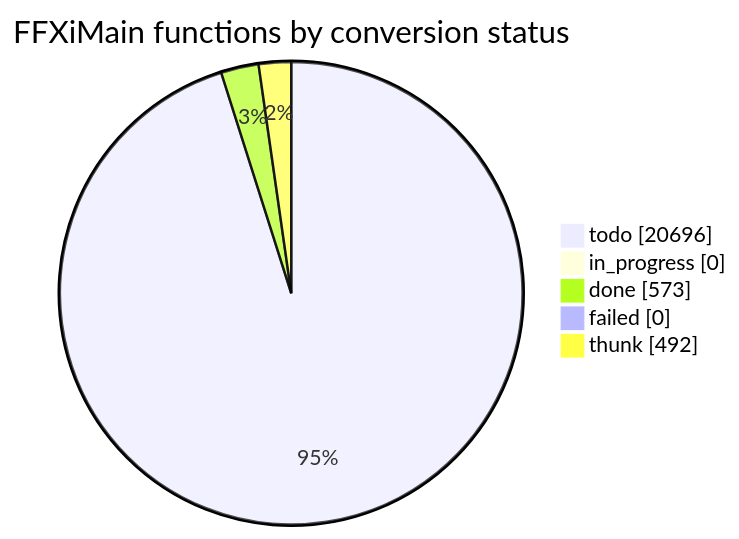
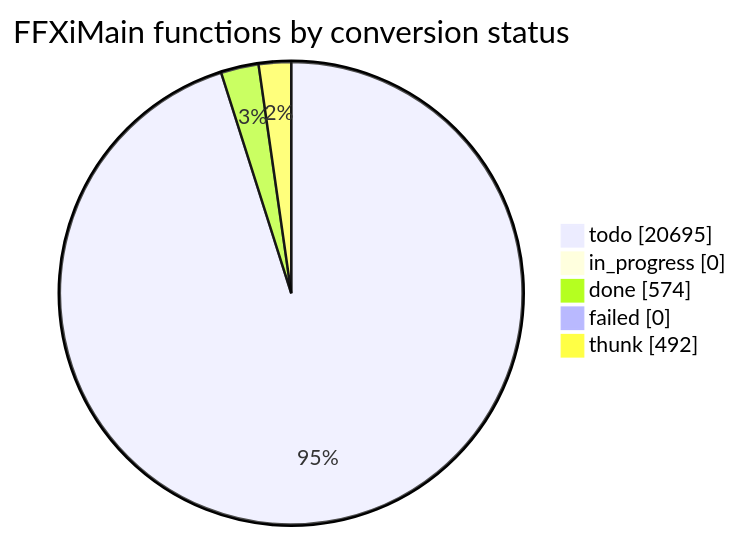
One commit to cowrevenge/cow_kuluu_xi_anything changed the diagram in docs/cow/STATUS.md. Above: the diagram before and after it, drawn with Mermaid. The commit also changed other lines of this file and 9 other files, not shown here.

````diff
--- a/docs/cow/STATUS.md
+++ b/docs/cow/STATUS.md
@@ -18,9 +18,9 @@
 ```mermaid
 pie showData
     title FFXiMain functions by conversion status
-    "todo" : 20696
+    "todo" : 20695
     "in_progress" : 0
-    "done" : 573
+    "done" : 574
     "failed" : 0
     "thunk" : 492
 ```
````
